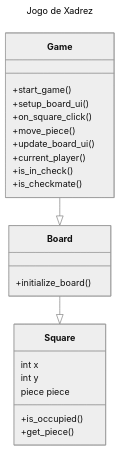
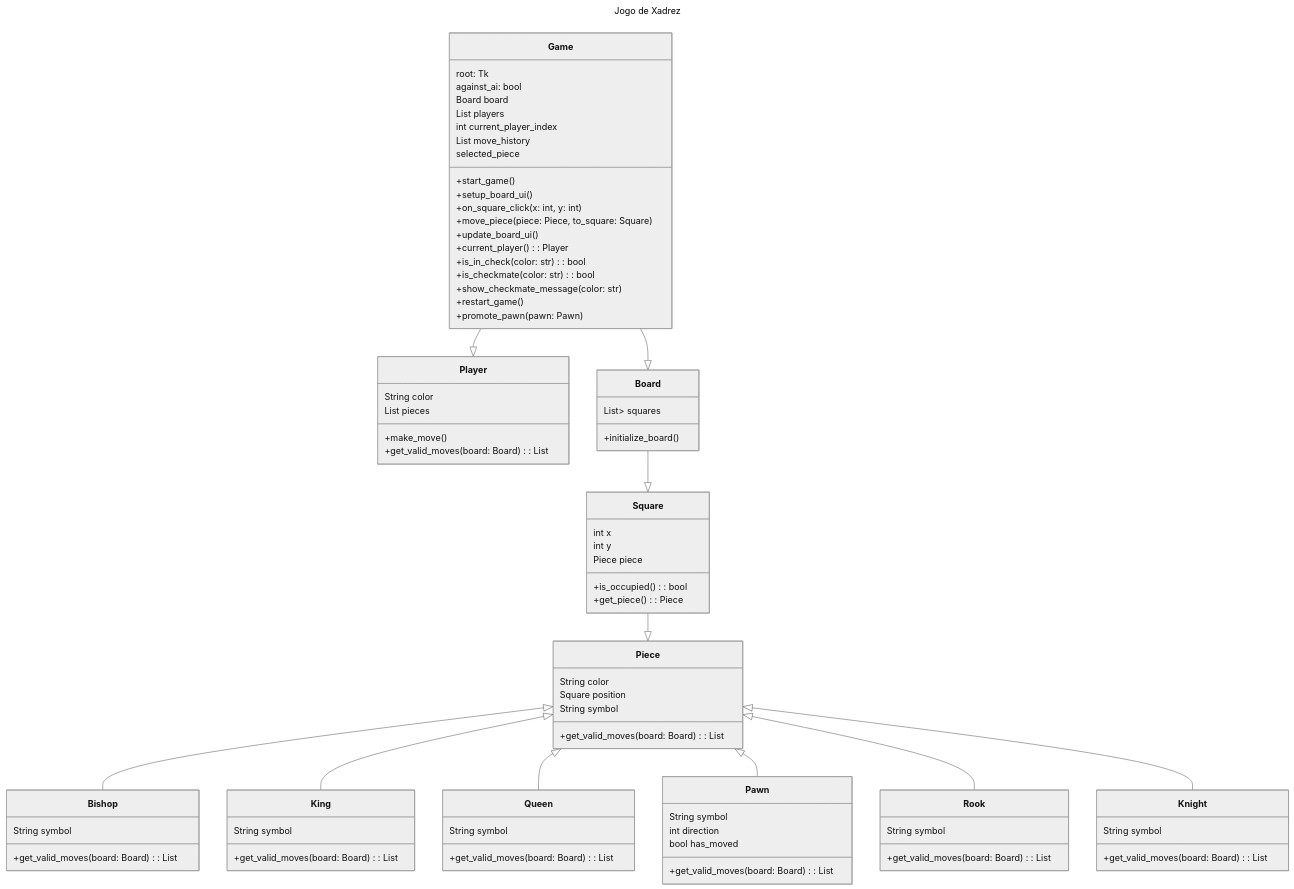
The diagram in README.md (DenielR/Trab-xadrez), drawn with Mermaid (neutral theme) before and after one commit.

Commit message:
Update diagrama

````diff
--- a/README.md
+++ b/README.md
@@ -4,31 +4,97 @@
 ---
 classDiagram
 
-
+class Player{
+	String color
+	List pieces
+	+make_move()
+	+get_valid_moves(board: Board): List
+}
 
 class Game{
+	root: Tk
+	against_ai: bool
+	Board board
+	List players
+	int current_player_index
+	List move_history
+	selected_piece
+
     +start_game()
     +setup_board_ui()
-    +on_square_click()
-    +move_piece()
+    +on_square_click(x: int, y: int)
+    +move_piece(piece: Piece, to_square: Square)
     +update_board_ui()
-    +current_player()
-    +is_in_check()
-    +is_checkmate()
+    +current_player(): Player
+    +is_in_check(color: str): bool
+    +is_checkmate(color: str): bool
+    +show_checkmate_message(color: str)
+    +restart_game()
+    +promote_pawn(pawn: Pawn)
 }
 
 class Board{
+	List<List<Square>> squares
 	+initialize_board()
 }
 
 class Square{
 	int x
 	int y
-	piece piece
-	+is_occupied()
-	+get_piece()
+	Piece piece
+	+is_occupied(): bool
+	+get_piece(): Piece
+}
+
+class Piece{
+	String color
+	Square position
+	String symbol
+	+get_valid_moves(board: Board): List
+}
+
+class Bishop{
+	String symbol
+	+get_valid_moves(board: Board): List
+}
+
+class King{
+	String symbol
+	+get_valid_moves(board: Board): List
+}
+
+class Queen{
+	String symbol
+	+get_valid_moves(board: Board): List
+}
+
+class Pawn{
+	String symbol
+	int direction
+	bool has_moved
+	+get_valid_moves(board: Board): List
+}
+
+class Rook{
+	String symbol
+	+get_valid_moves(board: Board): List
+}
+
+class Knight{
+	String symbol
+	+get_valid_moves(board: Board): List
 }
 
 Game --|> Board
+Game --|> Player
 Board --|> Square
+Square --|> Piece
+
+Piece <|-- Bishop
+Piece <|-- King
+Piece <|-- Queen
+Piece <|-- Pawn
+Piece <|-- Rook
+Piece <|-- Knight
+
 ```
````
